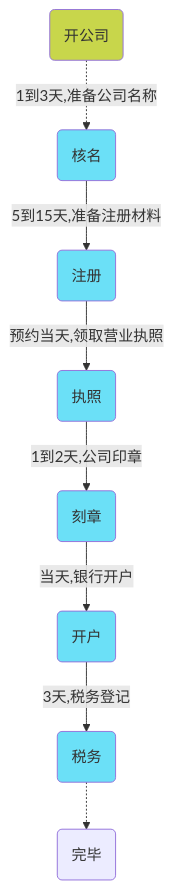
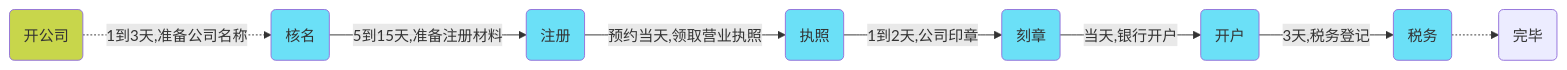
The second of 2 diagrams in _posts/2020-02-04-start-company.md (wqw547243068/wqw547243068.github.io), drawn with Mermaid before and after one commit.

Commit message:
更改 mermaid 图

```diff
--- a/_posts/2020-02-04-start-company.md
+++ b/_posts/2020-02-04-start-company.md
@@ -228,17 +228,17 @@
 <div class="mermaid">
-    flowchart TB
+    flowchart LR
     %% 节点颜色
     classDef red fill:#f02;
     classDef green fill:#5CF77B;
     classDef blue fill:#6BE0F7;
     classDef orange fill:#F7CF6B;
     classDef grass fill:#C8D64B;
     %%节点关系定义
     O(开公司):::grass-.->|1到3天,准备公司名称|A(核名):::blue
     A -->|5到15天,准备注册材料| B(注册):::blue
     B -->|预约当天,领取营业执照| C(执照):::blue
     C -->|1到2天,公司印章| D(刻章):::blue
     D -->|当天,银行开户| E(开户):::blue
     E -->|3天,税务登记| F(税务):::blue
     F -.-> G(完毕)
 </div>
```
